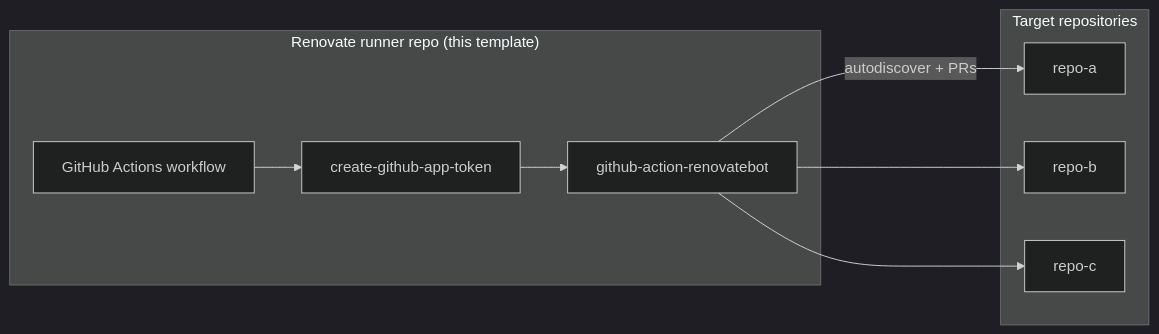
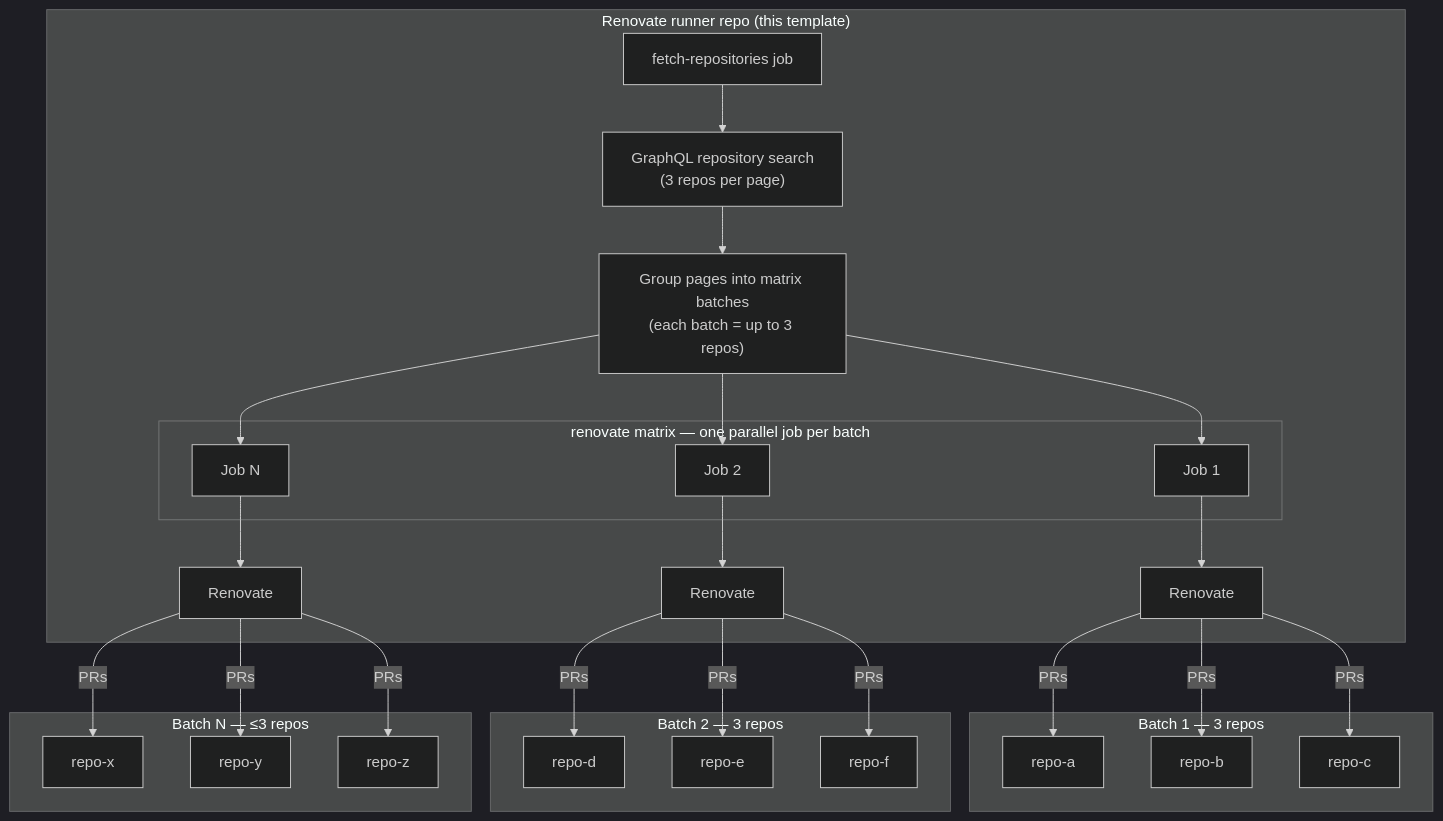
Before and after one commit to WyriHaximus/github-template-renovate-runner: the diagram in README.md, drawn with Mermaid (dark theme). The commit also changed other lines of this file and 1 other file, not shown here.

````diff
--- a/README.md
+++ b/README.md
@@ -14,19 +14,53 @@
 ```mermaid
-flowchart LR
+flowchart TB
   subgraph runner["Renovate runner repo (this template)"]
-    WF["GitHub Actions workflow"]
-    APP["create-github-app-token"]
-    REN["github-action-renovatebot"]
-    WF --> APP --> REN
+    FETCH["fetch-repositories job"]
+    GQL["GraphQL repository search\n(3 repos per page)"]
+    GROUP["Group pages into matrix batches\n(each batch = up to 3 repos)"]
+    FETCH --> GQL --> GROUP
+
+    subgraph matrix["renovate matrix — one parallel job per batch"]
+      JOB1["Job 1"]
+      JOB2["Job 2"]
+      JOBN["Job N"]
+    end
+
+    GROUP --> JOB1
+    GROUP --> JOB2
+    GROUP --> JOBN
+
+    JOB1 --> REN1["Renovate"]
+    JOB2 --> REN2["Renovate"]
+    JOBN --> RENN["Renovate"]
   end
 
-  subgraph targets["Target repositories"]
-    R1["repo-a"]
-    R2["repo-b"]
-    R3["repo-c"]
+  subgraph batch1["Batch 1 — 3 repos"]
+    RA["repo-a"]
+    RB["repo-b"]
+    RC["repo-c"]
   end
 
-  REN -->|"autodiscover + PRs"| R1
-  REN --> R2
-  REN --> R3
+  subgraph batch2["Batch 2 — 3 repos"]
+    RD["repo-d"]
+    RE["repo-e"]
+    RF["repo-f"]
+  end
+
+  subgraph batchN["Batch N — ≤3 repos"]
+    RX["repo-x"]
+    RY["repo-y"]
+    RZ["repo-z"]
+  end
+
+  REN1 -->|"PRs"| RA
+  REN1 -->|"PRs"| RB
+  REN1 -->|"PRs"| RC
+
+  REN2 -->|"PRs"| RD
+  REN2 -->|"PRs"| RE
+  REN2 -->|"PRs"| RF
+
+  RENN -->|"PRs"| RX
+  RENN -->|"PRs"| RY
+  RENN -->|"PRs"| RZ
 ```
````
